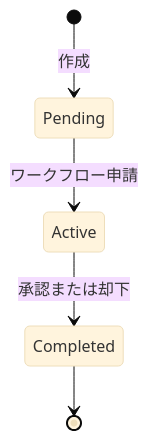
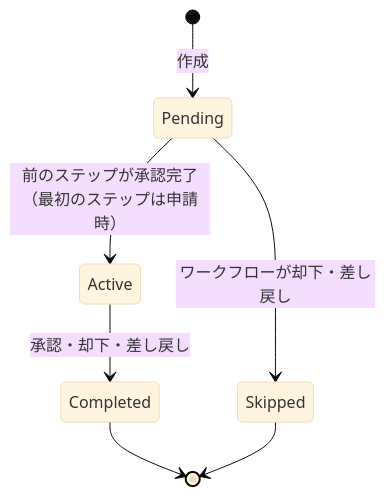
One commit to ka2kama/ringiflow changed the fifth of 7 diagrams in docs/01_要件定義書/機能仕様書/01_ワークフロー管理.md. Above: the diagram before and after it, drawn with Mermaid (base theme). The commit also changed other lines of this file and 33 other files, not shown here.

````diff
--- a/docs/01_要件定義書/機能仕様書/01_ワークフロー管理.md
+++ b/docs/01_要件定義書/機能仕様書/01_ワークフロー管理.md
@@ -269,7 +397,9 @@
 ```mermaid
 stateDiagram-v2
     [*] --> Pending: 作成
-    Pending --> Active: ワークフロー申請
-    Active --> Completed: 承認または却下
+    Pending --> Active: 前のステップが承認完了<br/>（最初のステップは申請時）
+    Active --> Completed: 承認・却下・差し戻し
+    Pending --> Skipped: ワークフローが却下・差し戻し
     Completed --> [*]
+    Skipped --> [*]
 ```
````
